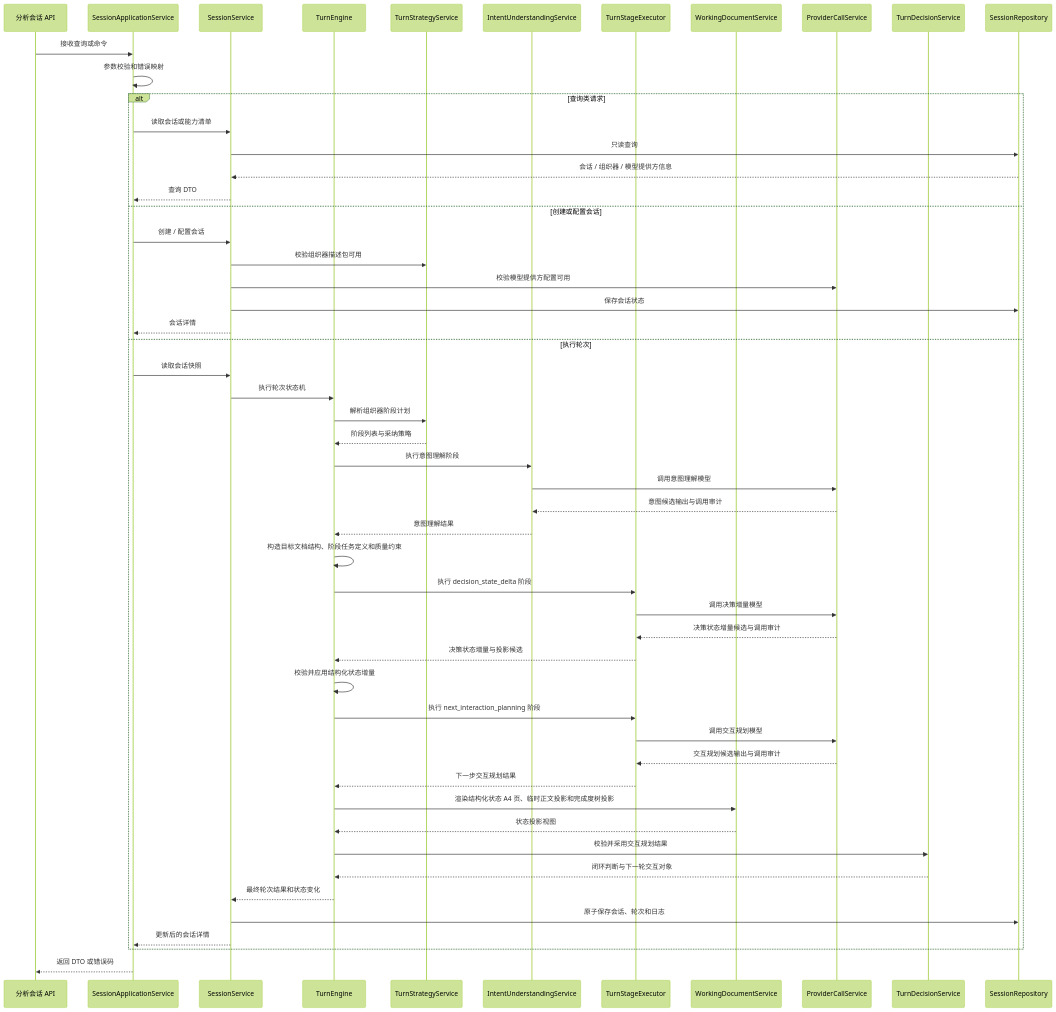
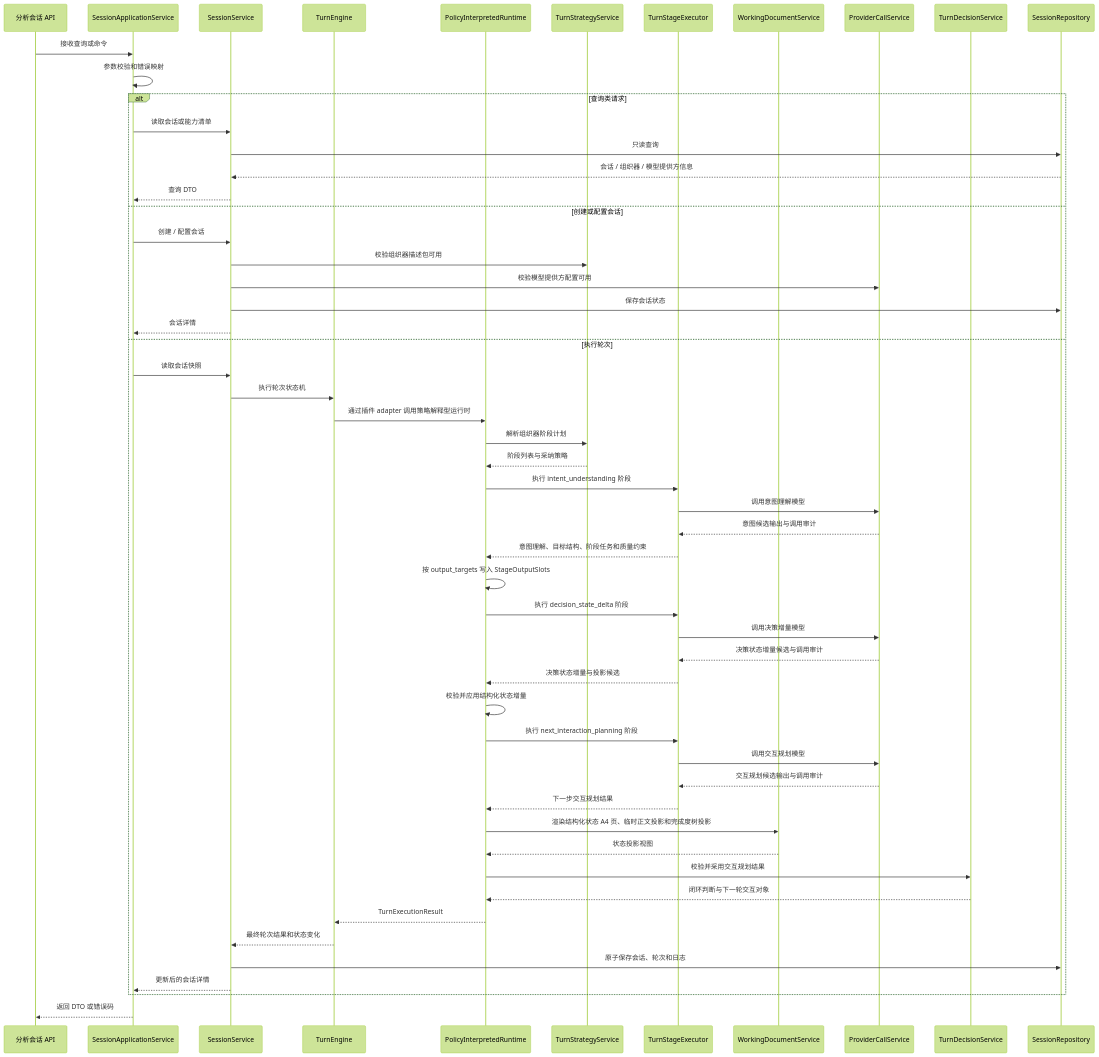
Before and after one commit to wgwtest/CodeFactoryV2: diagram 24 of 35 in DOC/CODEX_DOC/02_设计说明/P2_需求分析系统/P2-需求分析系统设计.md, drawn with Mermaid (forest theme). The commit also changed other lines of this file, not shown here.

Commit message:
docs: consolidate P2 orchestrator runtime decoupling design

````diff
--- a/DOC/CODEX_DOC/02_设计说明/P2_需求分析系统/P2-需求分析系统设计.md
+++ b/DOC/CODEX_DOC/02_设计说明/P2_需求分析系统/P2-需求分析系统设计.md
@@ -3018,56 +3018,58 @@
 ```mermaid
 sequenceDiagram
   participant API as 分析会话 API
   participant App as SessionApplicationService
   participant Session as SessionService
   participant Turn as TurnEngine
+  participant Runtime as PolicyInterpretedRuntime
   participant Strategy as TurnStrategyService
-  participant Intent as IntentUnderstandingService
   participant Stage as TurnStageExecutor
   participant Doc as WorkingDocumentService
   participant Provider as ProviderCallService
   participant Decision as TurnDecisionService
   participant Repo as SessionRepository
 
   API->>App: 接收查询或命令
   App->>App: 参数校验和错误映射
   alt 查询类请求
     App->>Session: 读取会话或能力清单
     Session->>Repo: 只读查询
     Repo-->>Session: 会话 / 组织器 / 模型提供方信息
     Session-->>App: 查询 DTO
   else 创建或配置会话
     App->>Session: 创建 / 配置会话
     Session->>Strategy: 校验组织器描述包可用
     Session->>Provider: 校验模型提供方配置可用
     Session->>Repo: 保存会话状态
     Session-->>App: 会话详情
   else 执行轮次
     App->>Session: 读取会话快照
     Session->>Turn: 执行轮次状态机
-    Turn->>Strategy: 解析组织器阶段计划
-    Strategy-->>Turn: 阶段列表与采纳策略
-    Turn->>Intent: 执行意图理解阶段
-    Intent->>Provider: 调用意图理解模型
-    Provider-->>Intent: 意图候选输出与调用审计
-    Intent-->>Turn: 意图理解结果
-    Turn->>Turn: 构造目标文档结构、阶段任务定义和质量约束
-    Turn->>Stage: 执行 decision_state_delta 阶段
+    Turn->>Runtime: 通过插件 adapter 调用策略解释型运行时
+    Runtime->>Strategy: 解析组织器阶段计划
+    Strategy-->>Runtime: 阶段列表与采纳策略
+    Runtime->>Stage: 执行 intent_understanding 阶段
+    Stage->>Provider: 调用意图理解模型
+    Provider-->>Stage: 意图候选输出与调用审计
+    Stage-->>Runtime: 意图理解、目标结构、阶段任务和质量约束
+    Runtime->>Runtime: 按 output_targets 写入 StageOutputSlots
+    Runtime->>Stage: 执行 decision_state_delta 阶段
     Stage->>Provider: 调用决策增量模型
     Provider-->>Stage: 决策状态增量候选与调用审计
-    Stage-->>Turn: 决策状态增量与投影候选
-    Turn->>Turn: 校验并应用结构化状态增量
-    Turn->>Stage: 执行 next_interaction_planning 阶段
+    Stage-->>Runtime: 决策状态增量与投影候选
+    Runtime->>Runtime: 校验并应用结构化状态增量
+    Runtime->>Stage: 执行 next_interaction_planning 阶段
     Stage->>Provider: 调用交互规划模型
     Provider-->>Stage: 交互规划候选输出与调用审计
-    Stage-->>Turn: 下一步交互规划结果
-    Turn->>Doc: 渲染结构化状态 A4 页、临时正文投影和完成度树投影
-    Doc-->>Turn: 状态投影视图
-    Turn->>Decision: 校验并采用交互规划结果
-    Decision-->>Turn: 闭环判断与下一轮交互对象
+    Stage-->>Runtime: 下一步交互规划结果
+    Runtime->>Doc: 渲染结构化状态 A4 页、临时正文投影和完成度树投影
+    Doc-->>Runtime: 状态投影视图
+    Runtime->>Decision: 校验并采用交互规划结果
+    Decision-->>Runtime: 闭环判断与下一轮交互对象
+    Runtime-->>Turn: TurnExecutionResult
     Turn-->>Session: 最终轮次结果和状态变化
     Session->>Repo: 原子保存会话、轮次和日志
     Session-->>App: 更新后的会话详情
   end
   App-->>API: 返回 DTO 或错误码
 ```
````
